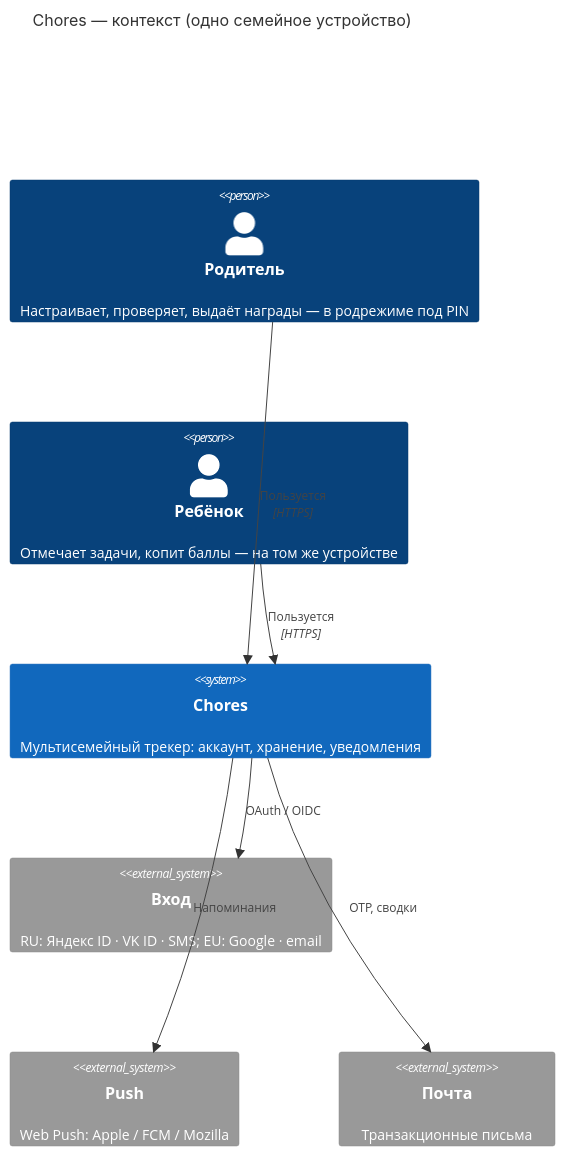
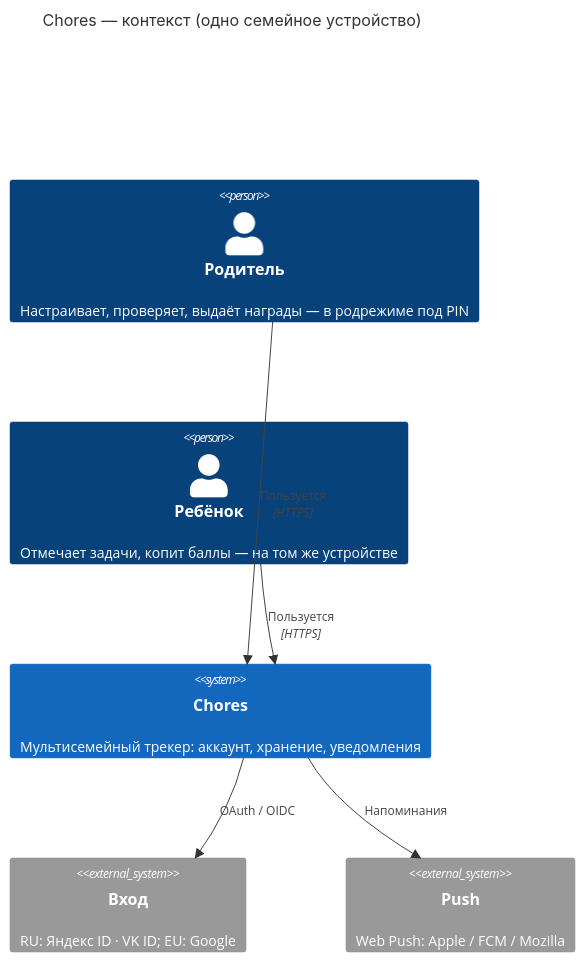
Before and after one commit to SiritosKon/kids-chores: the first of 2 diagrams in research/02-backend-architecture.md, drawn with Mermaid. The commit also changed other lines of this file and 1 other file, not shown here.

````diff
--- a/research/02-backend-architecture.md
+++ b/research/02-backend-architecture.md
@@ -513,16 +521,14 @@
 ```mermaid
 C4Context
   title Chores — контекст (одно семейное устройство)
   Person(parent, "Родитель", "Настраивает, проверяет, выдаёт награды — в родрежиме под PIN")
   Person(child, "Ребёнок", "Отмечает задачи, копит баллы — на том же устройстве")
   System(app, "Chores", "Мультисемейный трекер: аккаунт, хранение, уведомления")
-  System_Ext(idp, "Вход", "RU: Яндекс ID · VK ID · SMS; EU: Google · email")
+  System_Ext(idp, "Вход", "RU: Яндекс ID · VK ID; EU: Google")
   System_Ext(push, "Push", "Web Push: Apple / FCM / Mozilla")
-  System_Ext(mail, "Почта", "Транзакционные письма")
   Rel(parent, app, "Пользуется", "HTTPS")
   Rel(child, app, "Пользуется", "HTTPS")
   Rel_D(app, idp, "OAuth / OIDC")
   Rel_D(app, push, "Напоминания")
-  Rel_D(app, mail, "OTP, сводки")
   UpdateLayoutConfig($c4ShapeInRow="3", $c4BoundaryInRow="1")
 ```
````
